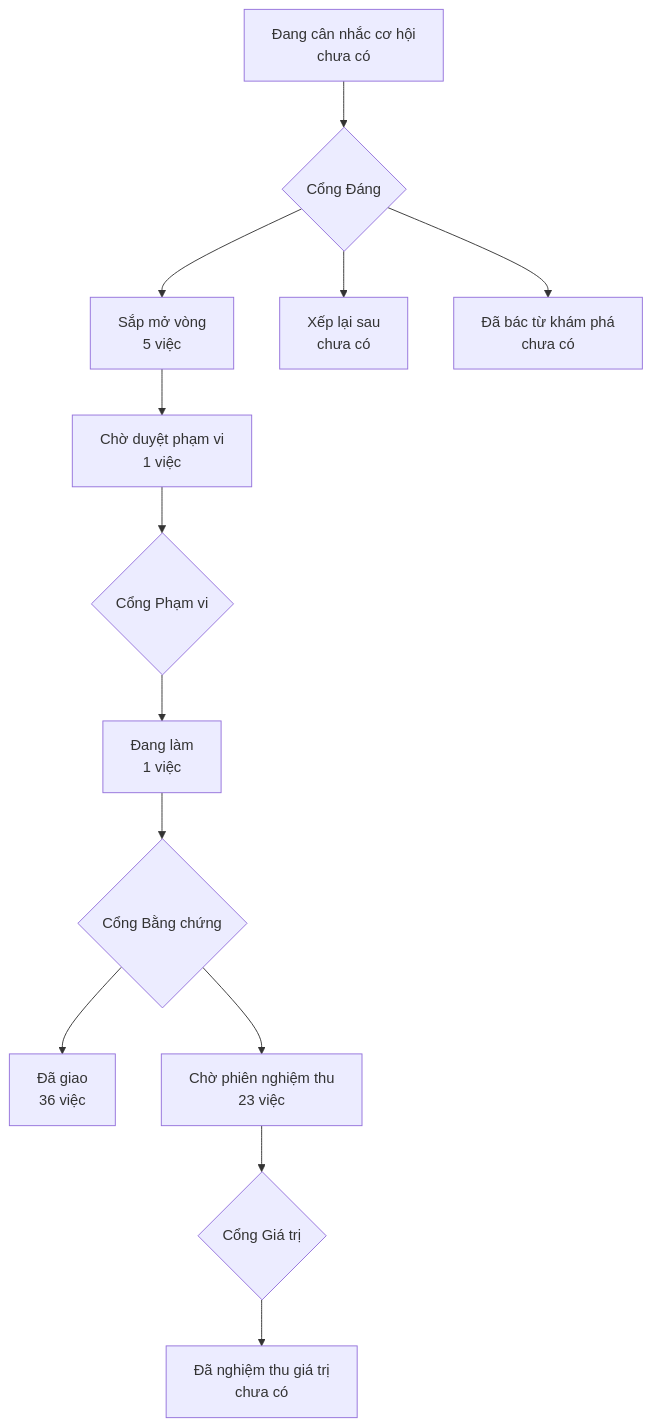
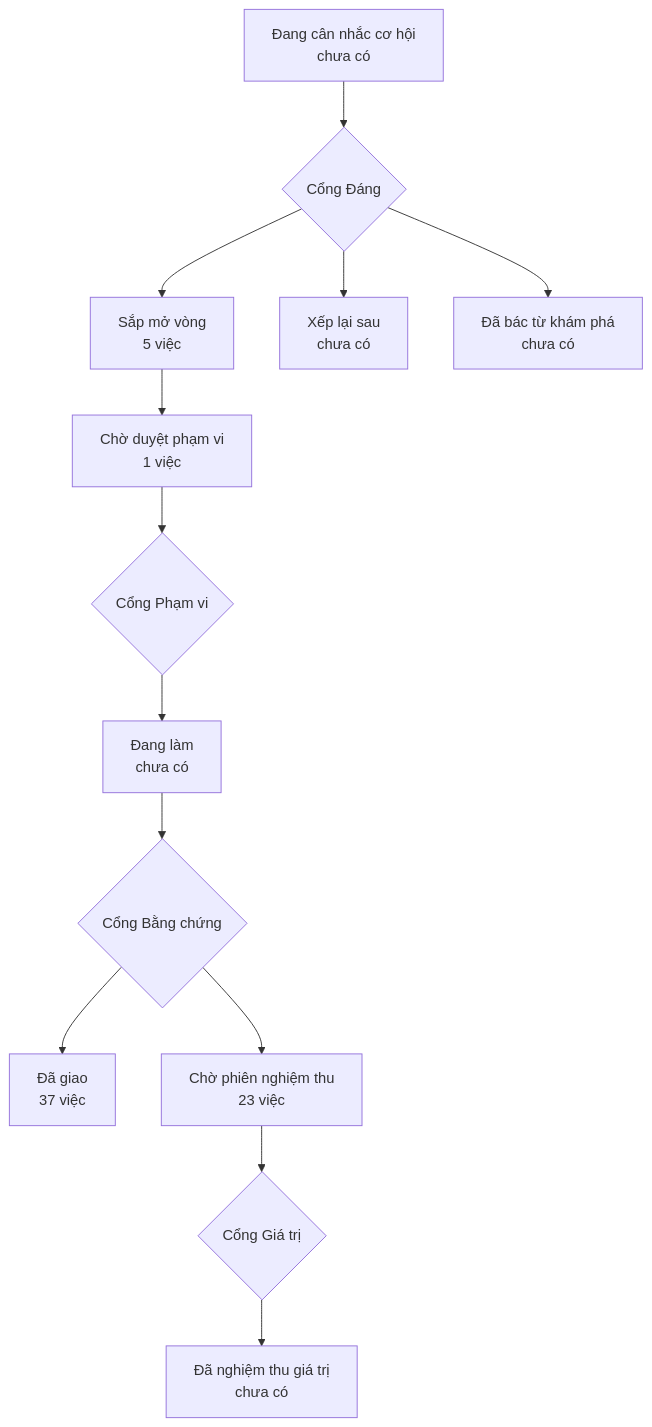
Before and after one commit to phanlemanh/onehub-invest: the diagram in PRODUCT-MAP.md, drawn with Mermaid. The commit also changed other lines of this file and 4 other files, not shown here.

````diff
--- a/PRODUCT-MAP.md
+++ b/PRODUCT-MAP.md
@@ -7,12 +7,12 @@
 ```mermaid
 flowchart TD
   A["Đang cân nhắc cơ hội<br/>chưa có"] --> GD{"Cổng Đáng"}
   GD --> B["Sắp mở vòng<br/>5 việc"]
   GD --> XL["Xếp lại sau<br/>chưa có"]
   GD --> DB["Đã bác từ khám phá<br/>chưa có"]
   B --> CD["Chờ duyệt phạm vi<br/>1 việc"] --> GP{"Cổng Phạm vi"}
-  GP --> DL["Đang làm<br/>1 việc"] --> GB{"Cổng Bằng chứng"}
-  GB --> DG["Đã giao<br/>36 việc"]
+  GP --> DL["Đang làm<br/>chưa có"] --> GB{"Cổng Bằng chứng"}
+  GB --> DG["Đã giao<br/>37 việc"]
   GB --> CN["Chờ phiên nghiệm thu<br/>23 việc"] --> GG{"Cổng Giá trị"}
   GG --> NT["Đã nghiệm thu giá trị<br/>chưa có"]
 ```
````
